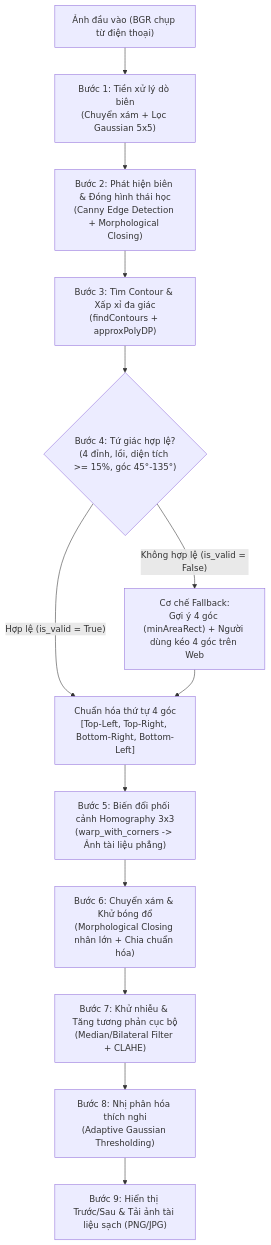
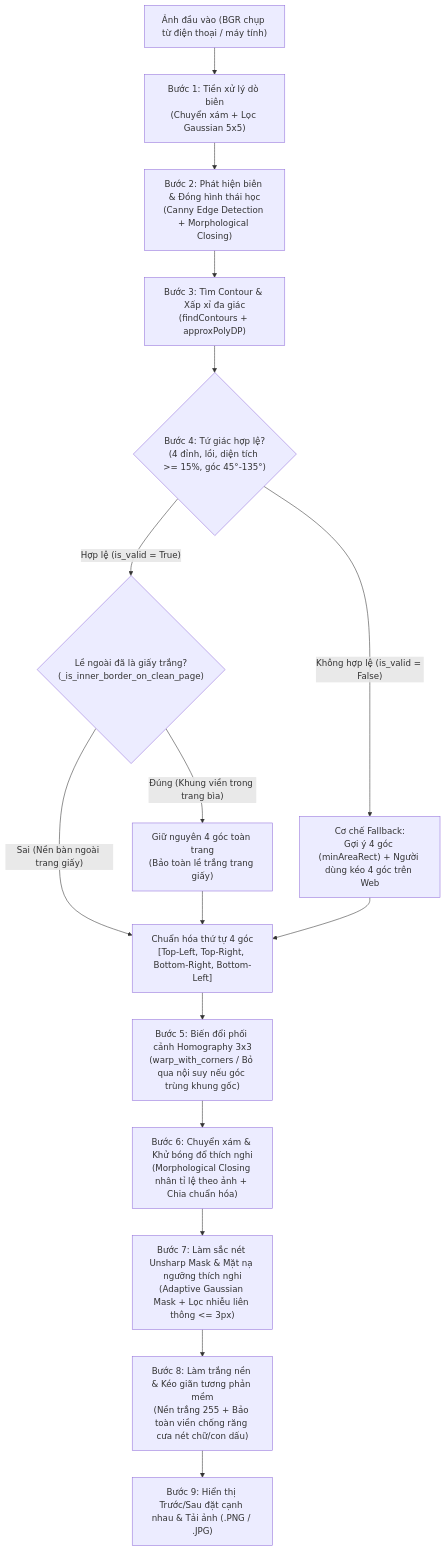
The first of 2 diagrams in report_draft.md (nhungdn/enhance-docs-quality), drawn with Mermaid before and after one commit. The commit also changed other lines of this file and 6 other files, not shown here.

````diff
--- a/report_draft.md
+++ b/report_draft.md
@@ -159,15 +159,18 @@
 ```mermaid
 flowchart TD
-    A["Ảnh đầu vào (BGR chụp từ điện thoại)"] --> B["Bước 1: Tiền xử lý dò biên\n(Chuyển xám + Lọc Gaussian 5x5)"]
+    A["Ảnh đầu vào (BGR chụp từ điện thoại / máy tính)"] --> B["Bước 1: Tiền xử lý dò biên\n(Chuyển xám + Lọc Gaussian 5x5)"]
     B --> C["Bước 2: Phát hiện biên & Đóng hình thái học\n(Canny Edge Detection + Morphological Closing)"]
     C --> D["Bước 3: Tìm Contour & Xấp xỉ đa giác\n(findContours + approxPolyDP)"]
     D --> E{"Bước 4: Tứ giác hợp lệ?\n(4 đỉnh, lồi, diện tích >= 15%, góc 45°-135°)"}
-    E -- "Hợp lệ (is_valid = True)" --> F["Chuẩn hóa thứ tự 4 góc\n[Top-Left, Top-Right, Bottom-Right, Bottom-Left]"]
+    E -- "Hợp lệ (is_valid = True)" --> E1{"Lề ngoài đã là giấy trắng?\n(_is_inner_border_on_clean_page)"}
+    E1 -- "Đúng (Khung viền trong trang bìa)" --> E2["Giữ nguyên 4 góc toàn trang\n(Bảo toàn lề trắng trang giấy)"]
+    E1 -- "Sai (Nền bàn ngoài trang giấy)" --> F["Chuẩn hóa thứ tự 4 góc\n[Top-Left, Top-Right, Bottom-Right, Bottom-Left]"]
+    E2 --> F
     E -- "Không hợp lệ (is_valid = False)" --> G["Cơ chế Fallback:\nGợi ý 4 góc (minAreaRect) + Người dùng kéo 4 góc trên Web"]
     G --> F
-    F --> H["Bước 5: Biến đổi phối cảnh Homography 3x3\n(warp_with_corners -> Ảnh tài liệu phẳng)"]
-    H --> I["Bước 6: Chuyển xám & Khử bóng đổ\n(Morphological Closing nhân lớn + Chia chuẩn hóa)"]
-    I --> J["Bước 7: Khử nhiễu & Tăng tương phản cục bộ\n(Median/Bilateral Filter + CLAHE)"]
-    J --> K["Bước 8: Nhị phân hóa thích nghi\n(Adaptive Gaussian Thresholding)"]
-    K --> L["Bước 9: Hiển thị Trước/Sau & Tải ảnh tài liệu sạch (PNG/JPG)"]
+    F --> H["Bước 5: Biến đổi phối cảnh Homography 3x3\n(warp_with_corners / Bỏ qua nội suy nếu góc trùng khung gốc)"]
+    H --> I["Bước 6: Chuyển xám & Khử bóng đổ thích nghi\n(Morphological Closing nhân tỉ lệ theo ảnh + Chia chuẩn hóa)"]
+    I --> J["Bước 7: Làm sắc nét Unsharp Mask & Mặt nạ ngưỡng thích nghi\n(Adaptive Gaussian Mask + Lọc nhiễu liên thông <= 3px)"]
+    J --> K["Bước 8: Làm trắng nền & Kéo giãn tương phản mềm\n(Nền trắng 255 + Bảo toàn viền chống răng cưa nét chữ/con dấu)"]
+    K --> L["Bước 9: Hiển thị Trước/Sau đặt cạnh nhau & Tải ảnh (.PNG / .JPG)"]
 ```
````
